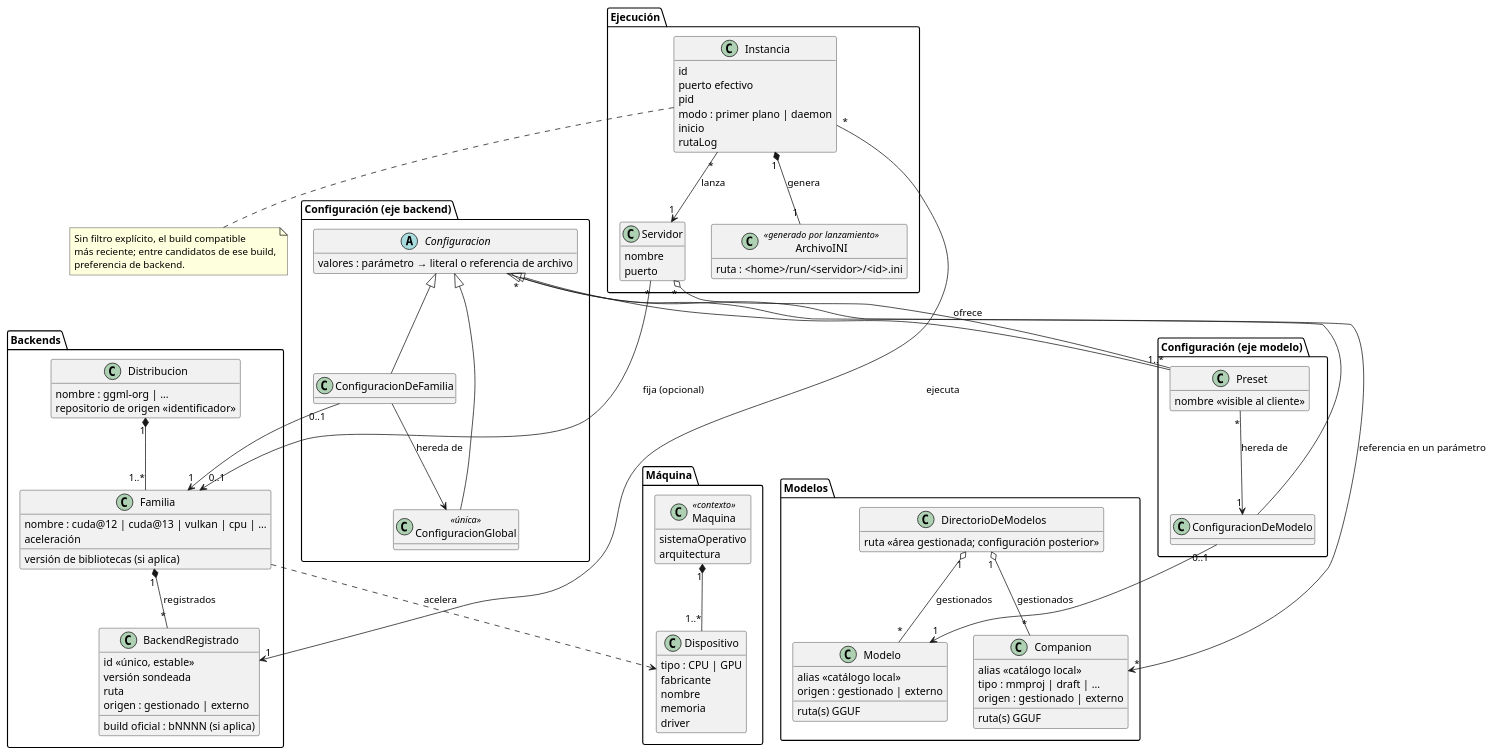
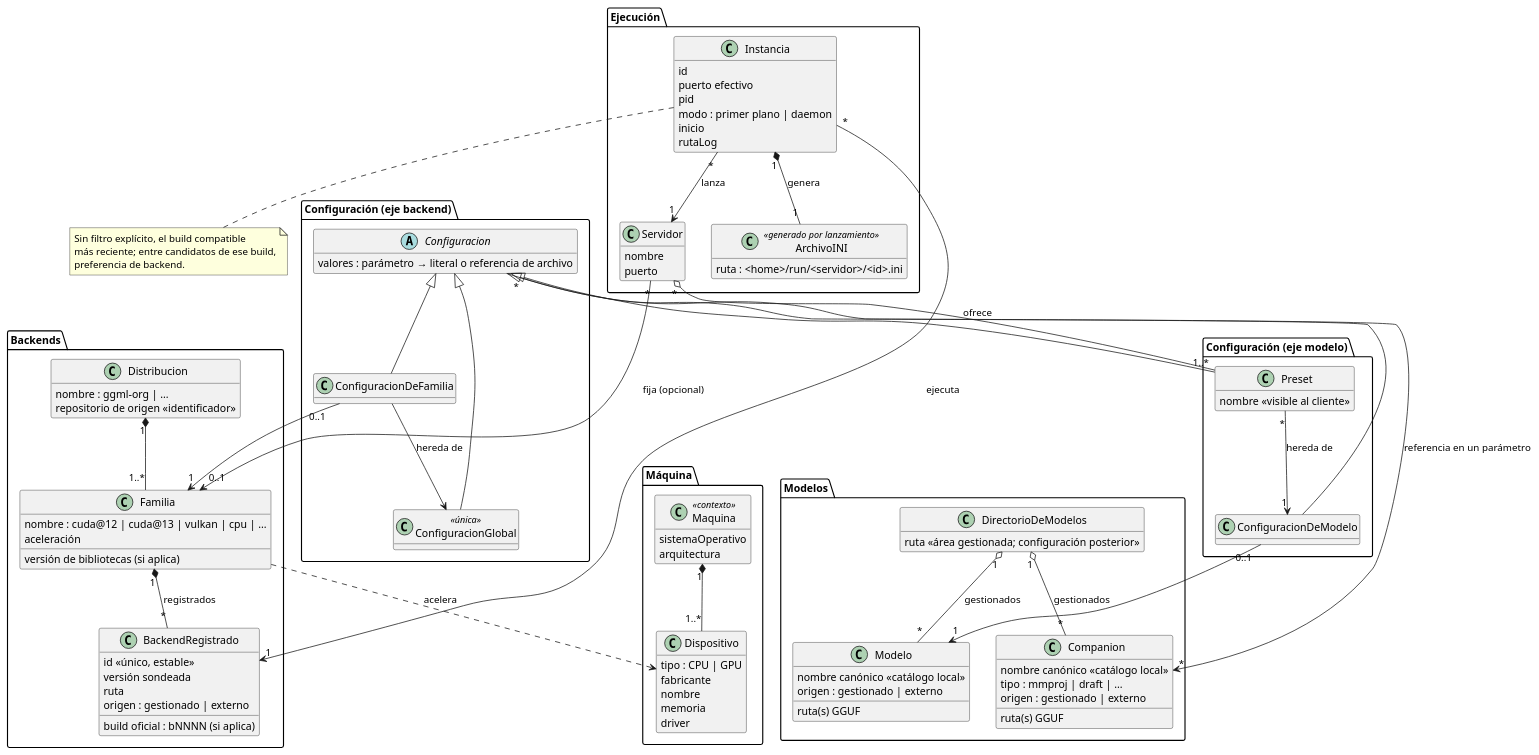
The first of 3 diagrams in docs/modelo-de-datos.md (mstranich/coquena), drawn with PlantUML before and after one commit. The commit also changed other lines of this file and 7 other files, not shown here.

```diff
--- a/docs/modelo-de-datos.md
+++ b/docs/modelo-de-datos.md
@@ -50,12 +50,12 @@
     ruta <<área gestionada; configuración posterior>>
   }
   class Modelo {
-    alias <<catálogo local>>
+    nombre canónico <<catálogo local>>
     ruta(s) GGUF
     origen : gestionado | externo
   }
   class Companion {
-    alias <<catálogo local>>
+    nombre canónico <<catálogo local>>
     tipo : mmproj | draft | …
     ruta(s) GGUF
     origen : gestionado | externo
```
